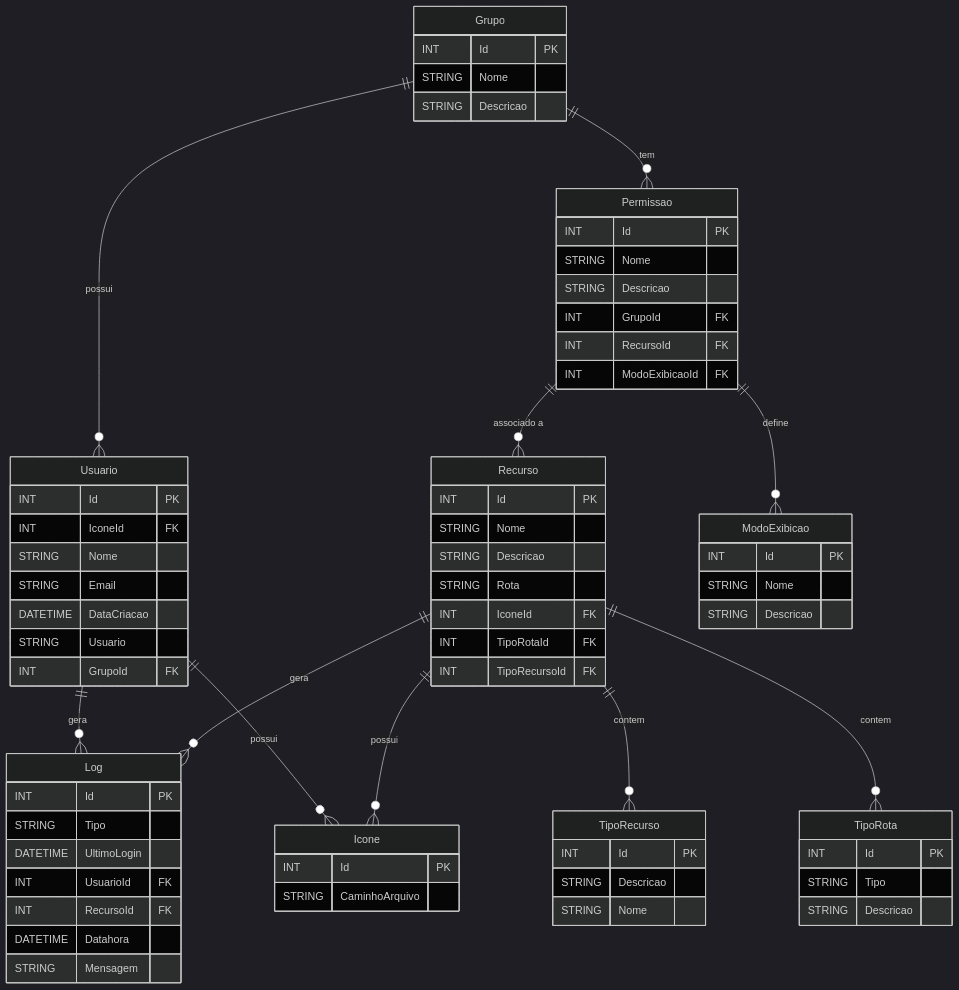
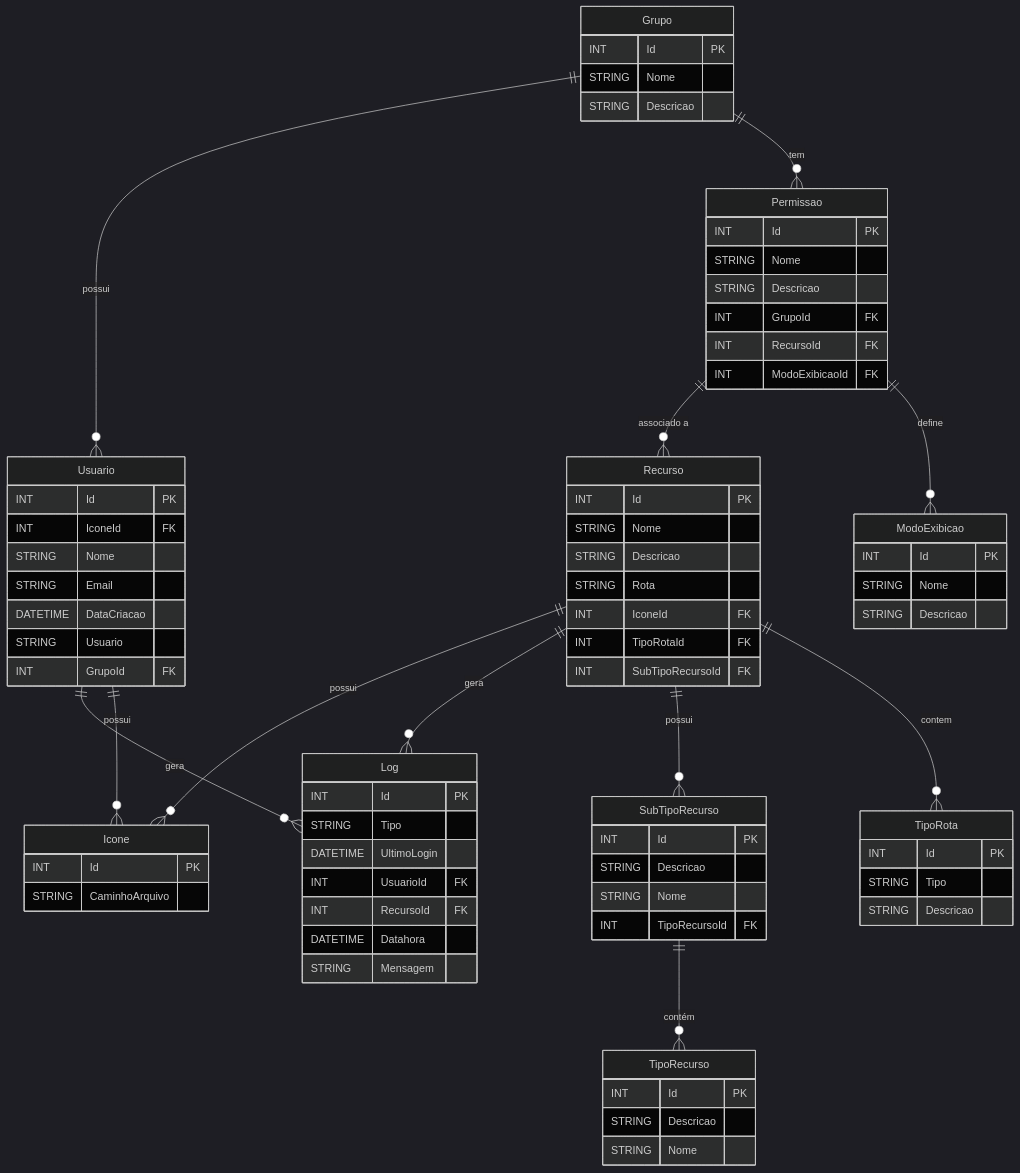
The first of 2 diagrams in README.md (ruthmira-1risjc/exemplo-banco), drawn with Mermaid (dark theme) before and after one commit. The commit also changed other lines of this file and 2 other files, not shown here.

````diff
--- a/README.md
+++ b/README.md
@@ -227,8 +246,15 @@
         STRING Rota
         INT IconeId FK
         INT TipoRotaId FK
+        INT SubTipoRecursoId FK
+    }
+
+   SubTipoRecurso {
+        INT Id PK
+        STRING Descricao
+        STRING Nome
         INT TipoRecursoId FK
-    }
+   }
 
      TipoRecurso {
         INT Id PK
@@ -276,6 +302,7 @@
     Usuario ||--o{ Icone : "possui"
     Recurso ||--o{ Icone : "possui"
     Recurso ||--o{ Log : "gera"
-    Recurso ||--o{ TipoRecurso : "contem"
+    Recurso ||--o{ SubTipoRecurso : "possui"
     Recurso ||--o{ TipoRota : "contem"
+    SubTipoRecurso ||--o{ TipoRecurso : "contém"
 ```
````
